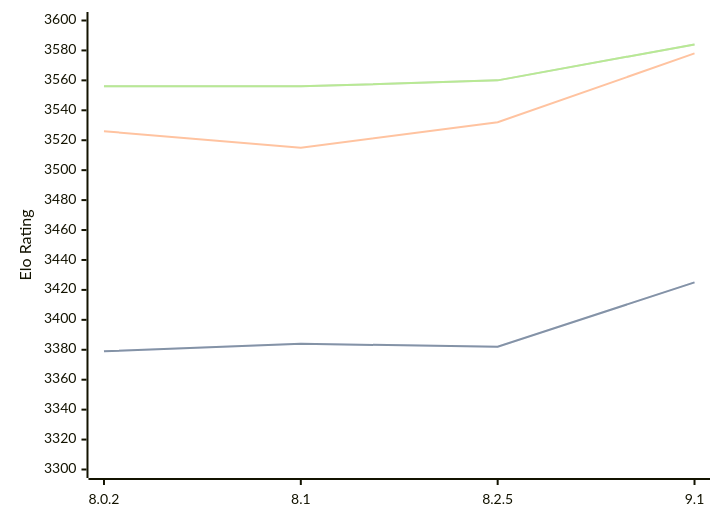
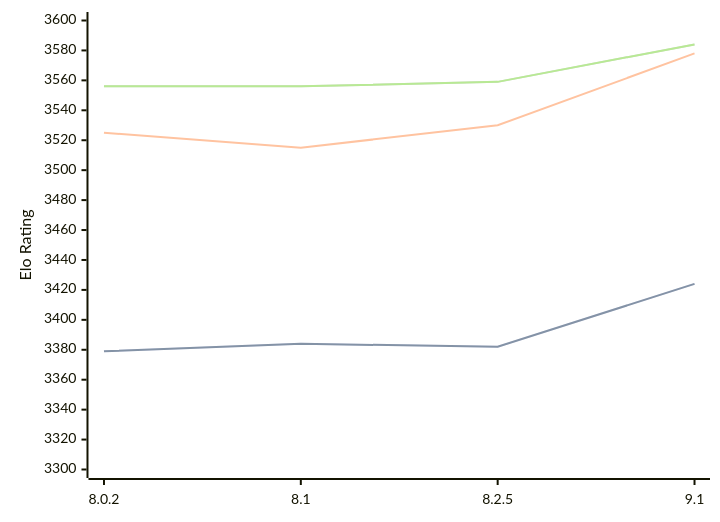
The diagram in engines/Clover.md (computer-chess-index/cci), drawn with Mermaid before and after one commit. The commit also changed other lines of this file, not shown here.

Commit message:
Update CCI Ratings (ELO VLTC) - 2026-03-04

````diff
--- a/engines/Clover.md
+++ b/engines/Clover.md
@@ -62,11 +62,11 @@
 ```mermaid
 %%{init: {"theme":"base","themeVariables":{"seriesColors:['#a3a3a3','#222221','#faa371']}}}%%
 xychart-beta
   x-axis ["8.0.2", "8.1", "8.2.5", "9.1"]
   y-axis "Elo Rating" 3300 --> 3600
-  line "STC (8.0+0.08s)" [3379, 3384, 3382, 3425]
-  line "STC (8.0+0.08s)" [3379, 3384, 3382, 3425]
-  line "LTC (60.0+0.60s)" [3526, 3515, 3532, 3578]
-  line "VLTC (2m24s+1.12s)" [3556, 3556, 3560, 3584]
-  line "VLTC (2m24s+1.12s)" [3556, 3556, 3560, 3584]
+  line "STC (8.0+0.08s)" [3379, 3384, 3382, 3424]
+  line "STC (8.0+0.08s)" [3379, 3384, 3382, 3424]
+  line "LTC (60.0+0.60s)" [3525, 3515, 3530, 3578]
+  line "VLTC (2m24s+1.12s)" [3556, 3556, 3559, 3584]
+  line "VLTC (2m24s+1.12s)" [3556, 3556, 3559, 3584]
 ```
````
